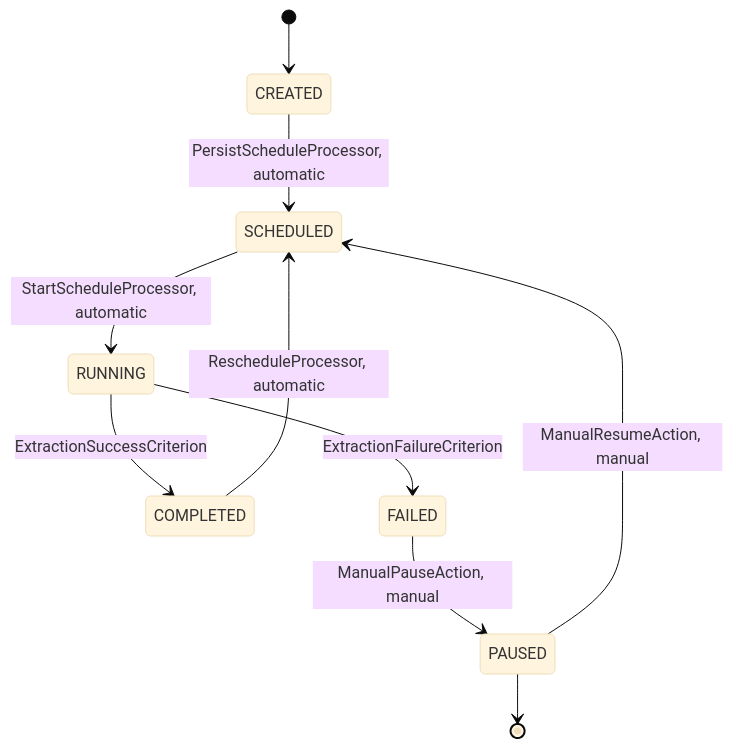
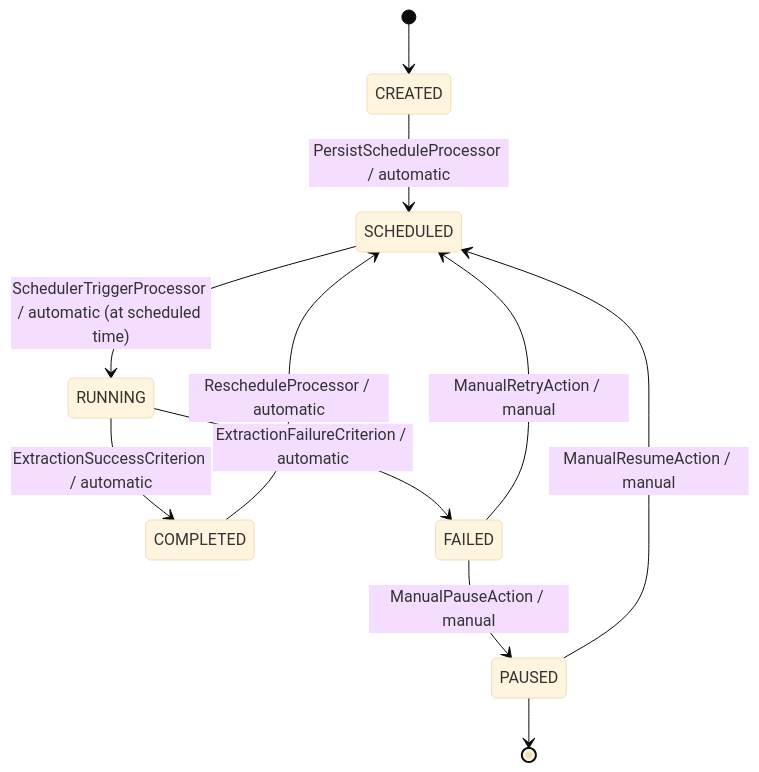
One commit to Cyoda-platform/java-client-template changed the first of 4 diagrams in src/main/java/com/java_template/prototype/functional_requirement.md. Above: the diagram before and after it, drawn with Mermaid (base theme). The commit also changed other lines of this file, not shown here.

````diff
--- a/src/main/java/com/java_template/prototype/functional_requirement.md
+++ b/src/main/java/com/java_template/prototype/functional_requirement.md
@@ -47,12 +82,13 @@
 ```mermaid
 stateDiagram-v2
     [*] --> CREATED
-    CREATED --> SCHEDULED : PersistScheduleProcessor, automatic
-    SCHEDULED --> RUNNING : StartScheduleProcessor, automatic
-    RUNNING --> COMPLETED : ExtractionSuccessCriterion
-    RUNNING --> FAILED : ExtractionFailureCriterion
-    FAILED --> PAUSED : ManualPauseAction, manual
-    COMPLETED --> SCHEDULED : RescheduleProcessor, automatic
-    PAUSED --> SCHEDULED : ManualResumeAction, manual
+    CREATED --> SCHEDULED : PersistScheduleProcessor / automatic
+    SCHEDULED --> RUNNING : SchedulerTriggerProcessor / automatic (at scheduled time)
+    RUNNING --> COMPLETED : ExtractionSuccessCriterion / automatic
+    RUNNING --> FAILED : ExtractionFailureCriterion / automatic
+    COMPLETED --> SCHEDULED : RescheduleProcessor / automatic
+    FAILED --> PAUSED : ManualPauseAction / manual
+    FAILED --> SCHEDULED : ManualRetryAction / manual
+    PAUSED --> SCHEDULED : ManualResumeAction / manual
     PAUSED --> [*]
 ```
````
